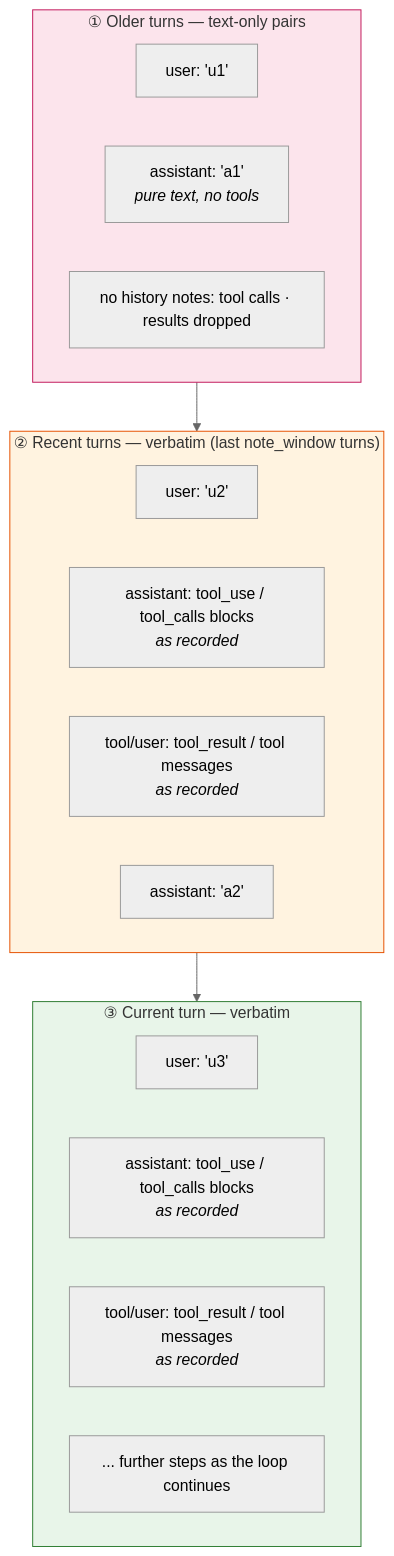
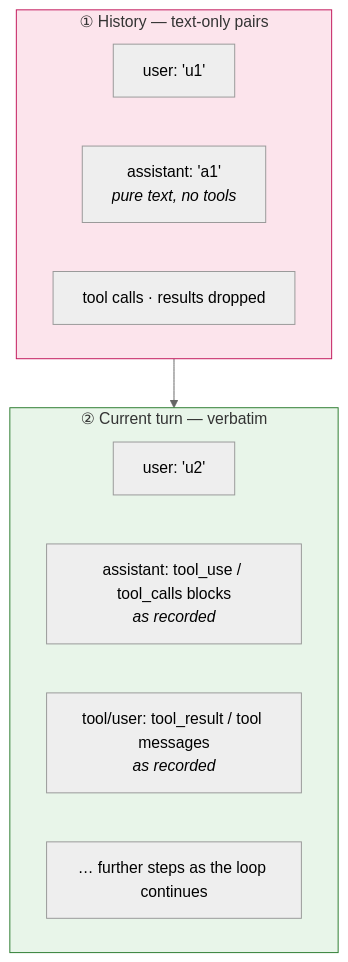
The second of 3 diagrams in docs/architecture/context.md (kingye/jyc), drawn with Mermaid (neutral theme) before and after one commit. The commit also changed other lines of this file and 15 other files, not shown here.

````diff
--- a/docs/architecture/context.md
+++ b/docs/architecture/context.md
@@ -188,24 +226,17 @@
 ```mermaid
 flowchart TB
-    subgraph R1["① Older turns — text-only pairs"]
+    subgraph R1["① History — text-only pairs"]
         R1U["user: 'u1'"]
         R1A["assistant: 'a1'<br/><i>pure text, no tools</i>"]
-        R1N["no history notes: tool calls · results dropped"]
+        R1N["tool calls · results dropped"]
     end
-    subgraph R2["② Recent turns — verbatim (last note_window turns)"]
+    subgraph R2["② Current turn — verbatim"]
         R2U["user: 'u2'"]
         R2ATU["assistant: tool_use / tool_calls blocks<br/><i>as recorded</i>"]
         R2TR["tool/user: tool_result / tool messages<br/><i>as recorded</i>"]
-        R2A["assistant: 'a2'"]
+        R2MORE["… further steps as the loop continues"]
     end
-    subgraph R3["③ Current turn — verbatim"]
-        R3U["user: 'u3'"]
-        R3ATU["assistant: tool_use / tool_calls blocks<br/><i>as recorded</i>"]
-        R3TR["tool/user: tool_result / tool messages<br/><i>as recorded</i>"]
-        R3MORE["... further steps as the loop continues"]
-    end
-    R1 --> R2 --> R3
+    R1 --> R2
     style R1 fill:#fce4ec,stroke:#c2185b
-    style R2 fill:#fff3e0,stroke:#e65100
-    style R3 fill:#e8f5e9,stroke:#2e7d32
+    style R2 fill:#e8f5e9,stroke:#2e7d32
 ```
````
